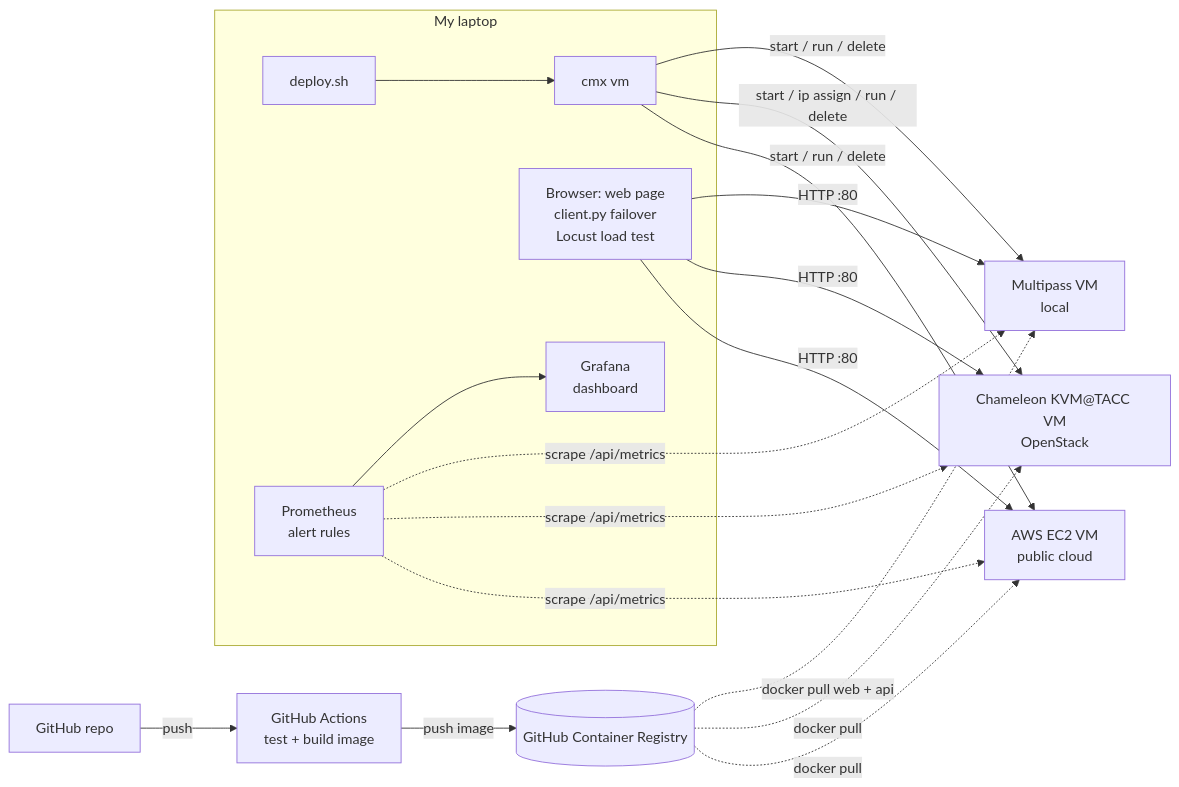
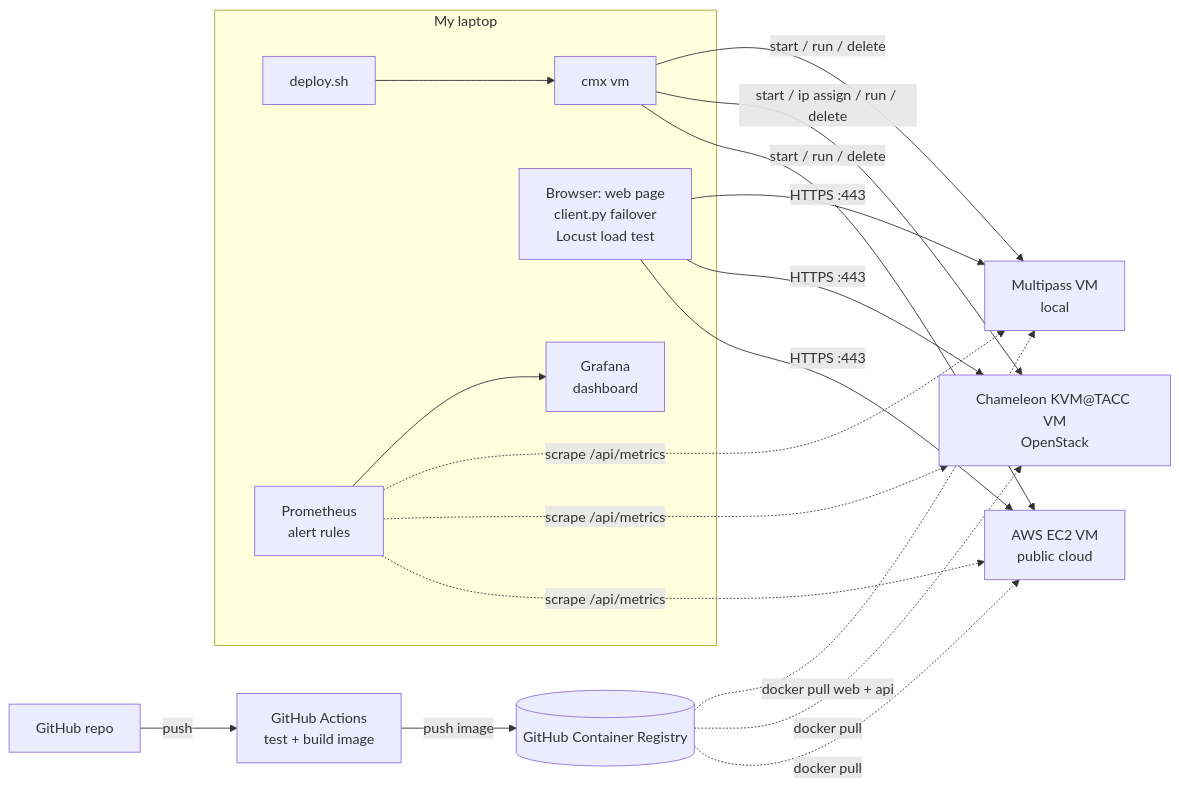
One commit to cloudmesh-ai-luc/shabbir04 changed the first of 2 diagrams in docs/project/project.md. Above: the diagram before and after it, drawn with Mermaid. The commit also changed other lines of this file and 2 other files, not shown here.

````diff
--- a/docs/project/project.md
+++ b/docs/project/project.md
@@ -82,22 +119,22 @@
 ```mermaid
 flowchart LR
     GH[GitHub repo] -->|push| CI[GitHub Actions<br/>test + build image]
     CI -->|push image| REG[(GitHub Container Registry)]
     subgraph LAPTOP[My laptop]
         DEP[deploy.sh] --> CMX[cmx vm]
         CL[Browser: web page<br/>client.py failover<br/>Locust load test]
         PROM[Prometheus<br/>alert rules] --> GRAF[Grafana<br/>dashboard]
     end
     CMX -->|start / run / delete| MP[Multipass VM<br/>local]
     CMX -->|start / ip assign / run / delete| CH[Chameleon KVM@TACC VM<br/>OpenStack]
     CMX -->|start / run / delete| AWS[AWS EC2 VM<br/>public cloud]
     REG -. docker pull web + api .-> MP
     REG -. docker pull .-> CH
     REG -. docker pull .-> AWS
-    CL -->|HTTP :80| MP
-    CL -->|HTTP :80| CH
-    CL -->|HTTP :80| AWS
+    CL -->|HTTPS :443| MP
+    CL -->|HTTPS :443| CH
+    CL -->|HTTPS :443| AWS
     PROM -. scrape /api/metrics .-> MP
     PROM -. scrape /api/metrics .-> CH
     PROM -. scrape /api/metrics .-> AWS
 ```
````
